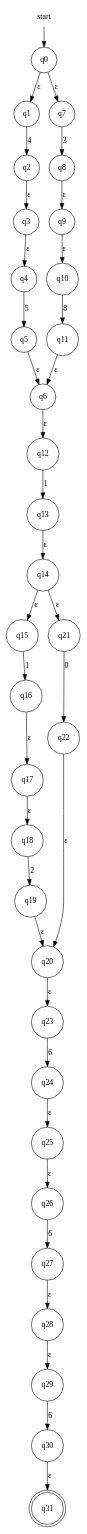
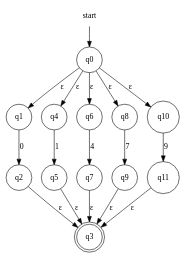
Before and after one commit to evertheylen/TA_TO: the diagram in fase1/RE-eNFA/regex_12.dot, drawn with Graphviz. The commit also changed 19 other files, not shown here.

```diff
--- a/fase1/RE-eNFA/regex_12.dot
+++ b/fase1/RE-eNFA/regex_12.dot
@@ -1,39 +1,21 @@
 digraph automaton {
     node [shape=none]; start;
-    node [shape=doublecircle]; "q31";
+    node [shape=doublecircle]; "q3";
     node [shape=circle];
     start -> "q0";
     "q0" -> "q1" [label="&epsilon;"];
-    "q0" -> "q7" [label="&epsilon;"];
-    "q1" -> "q2" [label="4"];
+    "q0" -> "q4" [label="&epsilon;"];
+    "q0" -> "q6" [label="&epsilon;"];
+    "q0" -> "q8" [label="&epsilon;"];
+    "q0" -> "q10" [label="&epsilon;"];
+    "q1" -> "q2" [label="0"];
     "q2" -> "q3" [label="&epsilon;"];
-    "q3" -> "q4" [label="&epsilon;"];
-    "q4" -> "q5" [label="5"];
-    "q5" -> "q6" [label="&epsilon;"];
-    "q6" -> "q12" [label="&epsilon;"];
-    "q7" -> "q8" [label="3"];
-    "q8" -> "q9" [label="&epsilon;"];
-    "q9" -> "q10" [label="&epsilon;"];
-    "q10" -> "q11" [label="8"];
-    "q11" -> "q6" [label="&epsilon;"];
-    "q12" -> "q13" [label="1"];
-    "q13" -> "q14" [label="&epsilon;"];
-    "q14" -> "q15" [label="&epsilon;"];
-    "q14" -> "q21" [label="&epsilon;"];
-    "q15" -> "q16" [label="1"];
-    "q16" -> "q17" [label="&epsilon;"];
-    "q17" -> "q18" [label="&epsilon;"];
-    "q18" -> "q19" [label="2"];
-    "q19" -> "q20" [label="&epsilon;"];
-    "q20" -> "q23" [label="&epsilon;"];
-    "q21" -> "q22" [label="0"];
-    "q22" -> "q20" [label="&epsilon;"];
-    "q23" -> "q24" [label="6"];
-    "q24" -> "q25" [label="&epsilon;"];
-    "q25" -> "q26" [label="&epsilon;"];
-    "q26" -> "q27" [label="6"];
-    "q27" -> "q28" [label="&epsilon;"];
-    "q28" -> "q29" [label="&epsilon;"];
-    "q29" -> "q30" [label="6"];
-    "q30" -> "q31" [label="&epsilon;"];
+    "q4" -> "q5" [label="1"];
+    "q5" -> "q3" [label="&epsilon;"];
+    "q6" -> "q7" [label="4"];
+    "q7" -> "q3" [label="&epsilon;"];
+    "q8" -> "q9" [label="7"];
+    "q9" -> "q3" [label="&epsilon;"];
+    "q10" -> "q11" [label="9"];
+    "q11" -> "q3" [label="&epsilon;"];
 }
```
